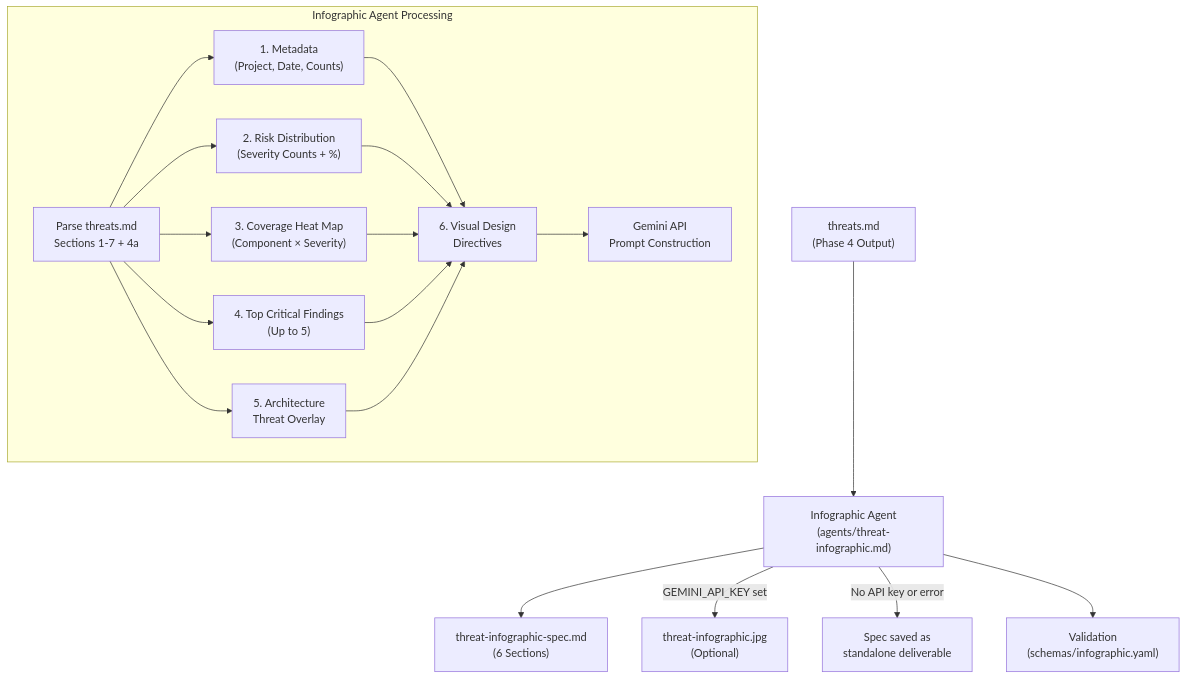
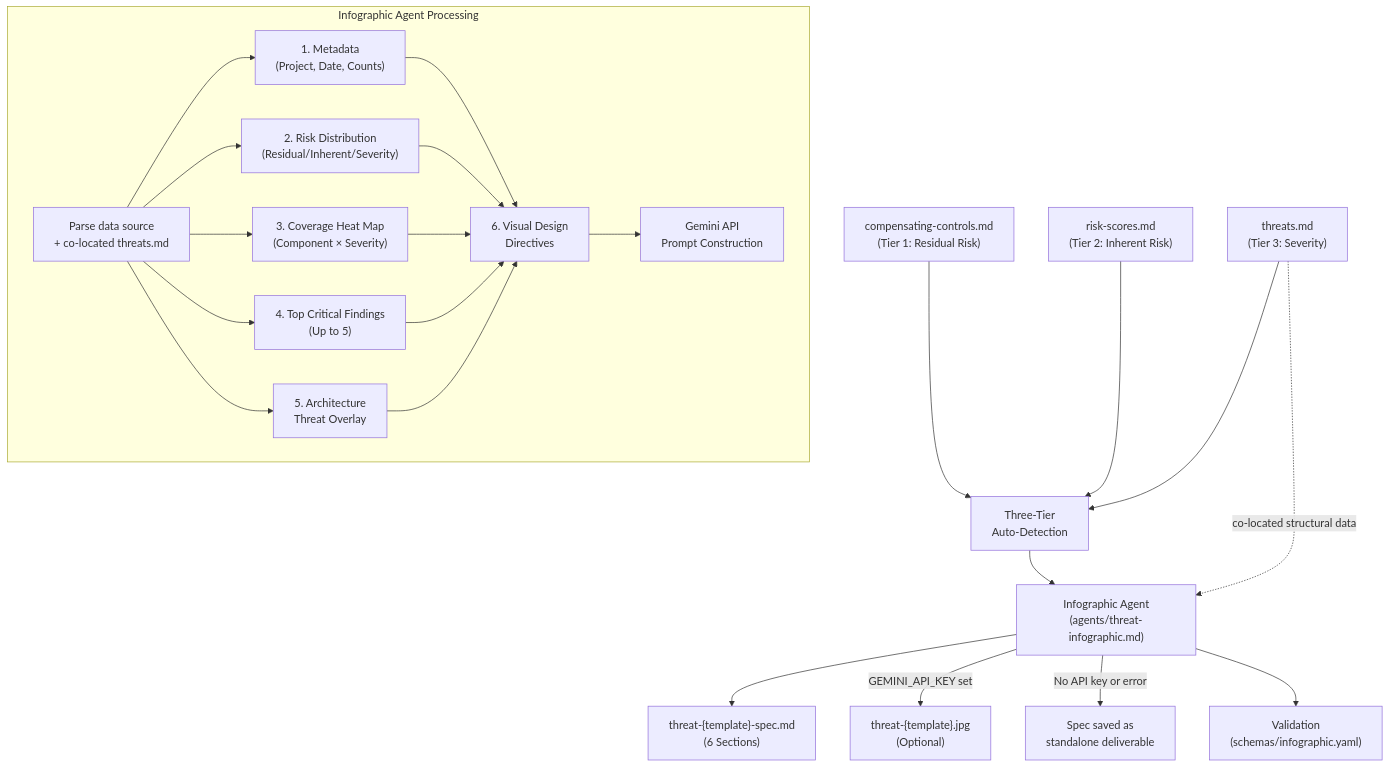
Before and after one commit to q-qp-p/davidmatousek-tachi: the third of 5 diagrams in docs/architecture/01_system_design/README.md, drawn with Mermaid. The commit also changed other lines of this file and 8 other files, not shown here.

````diff
--- a/docs/architecture/01_system_design/README.md
+++ b/docs/architecture/01_system_design/README.md
@@ -723,19 +723,23 @@
 ```mermaid
 flowchart TD
-    TM["threats.md<br/>(Phase 4 Output)"] --> IA["Infographic Agent<br/>(agents/threat-infographic.md)"]
-    IA --> IS["threat-infographic-spec.md<br/>(6 Sections)"]
-    IA -->|"GEMINI_API_KEY set"| IMG["threat-infographic.jpg<br/>(Optional)"]
+    CC["compensating-controls.md<br/>(Tier 1: Residual Risk)"] --> DET["Three-Tier<br/>Auto-Detection"]
+    RS["risk-scores.md<br/>(Tier 2: Inherent Risk)"] --> DET
+    TM["threats.md<br/>(Tier 3: Severity)"] --> DET
+    DET --> IA["Infographic Agent<br/>(agents/threat-infographic.md)"]
+    TM -.->|"co-located structural data"| IA
+    IA --> IS["threat-{template}-spec.md<br/>(6 Sections)"]
+    IA -->|"GEMINI_API_KEY set"| IMG["threat-{template}.jpg<br/>(Optional)"]
     IA -->|"No API key or error"| SKIP["Spec saved as<br/>standalone deliverable"]
 
     subgraph Infographic Agent Processing
-        Parse["Parse threats.md<br/>Sections 1-7 + 4a"] --> Meta["1. Metadata<br/>(Project, Date, Counts)"]
-        Parse --> Risk["2. Risk Distribution<br/>(Severity Counts + %)"]
+        Parse["Parse data source<br/>+ co-located threats.md"] --> Meta["1. Metadata<br/>(Project, Date, Counts)"]
+        Parse --> Risk["2. Risk Distribution<br/>(Residual/Inherent/Severity)"]
         Parse --> Heat["3. Coverage Heat Map<br/>(Component × Severity)"]
         Parse --> Top["4. Top Critical Findings<br/>(Up to 5)"]
         Parse --> Arch["5. Architecture<br/>Threat Overlay"]
         Meta & Risk & Heat & Top & Arch --> Design["6. Visual Design<br/>Directives"]
         Design --> Prompt["Gemini API<br/>Prompt Construction"]
     end
 
     IA --> Val["Validation<br/>(schemas/infographic.yaml)"]
 ```
````
